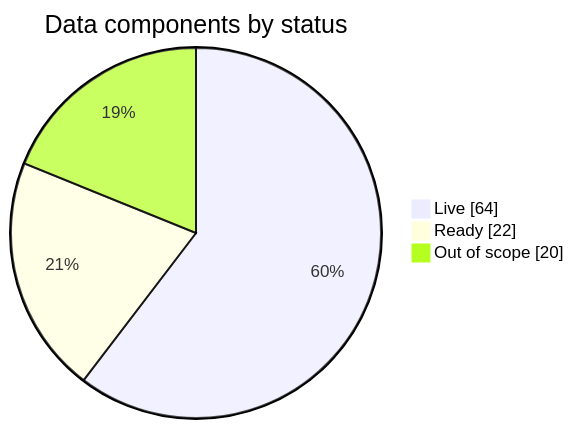
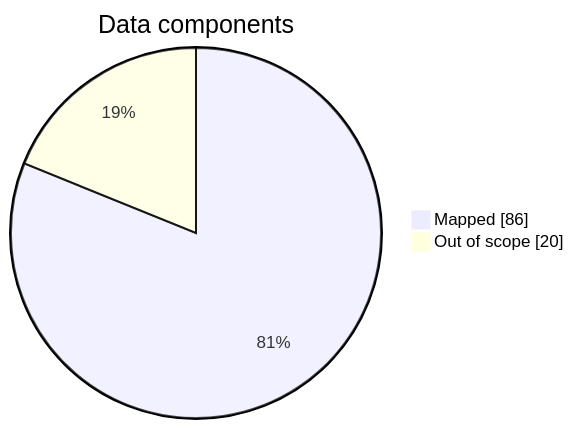
Before and after one commit to dev-nobytes-io/mitre-defensive-mappings-spl: the first of 2 diagrams in docs/coverage.md, drawn with Mermaid. The commit also changed other lines of this file and 366 other files, not shown here.

````diff
--- a/docs/coverage.md
+++ b/docs/coverage.md
@@ -7,7 +7,6 @@
 ```mermaid
 pie showData
-    title Data components by status
-    "Live" : 64
-    "Ready" : 22
+    title Data components
+    "Mapped" : 86
     "Out of scope" : 20
 ```
````
